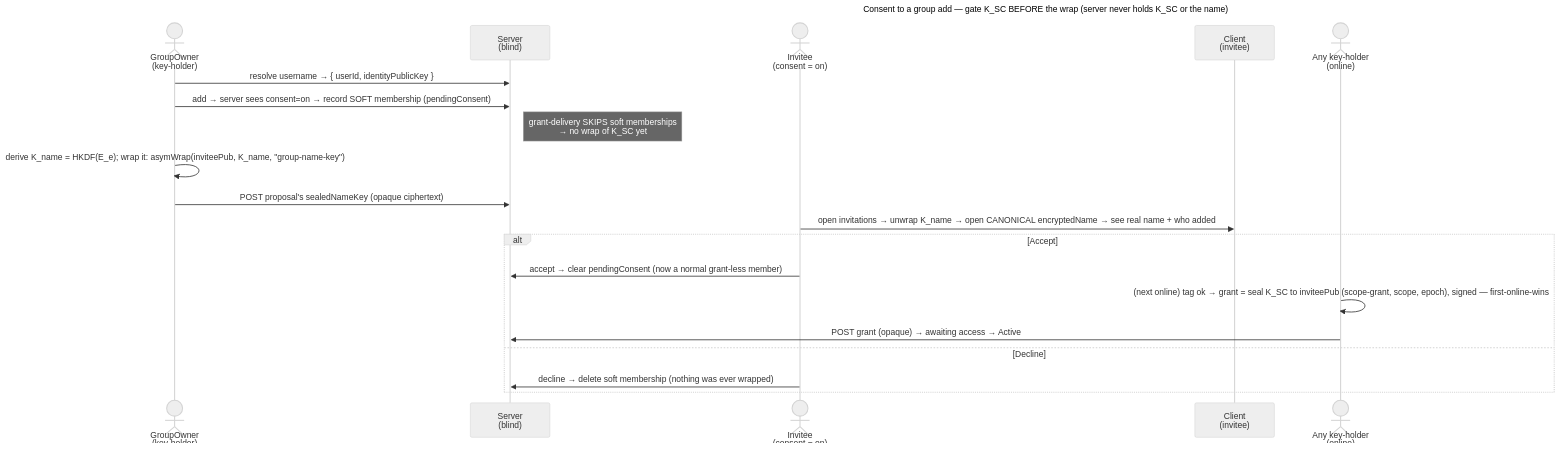
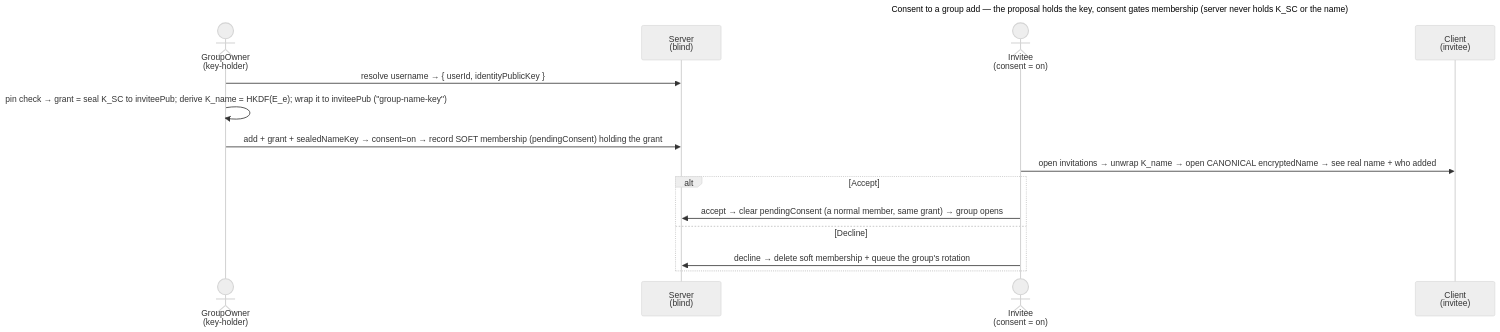
Before and after one commit to raddatzk/veyq: the diagram in docs/features/spaces/use-cases/uc.spaces.consent-group-add.md, drawn with Mermaid (neutral theme). The commit also changed other lines of this file and 70 other files, not shown here.

First line of the commit message:
docs: an invite is a placeholder member - ADR 0111 decisions 1-5 built, the admission tag and awaiting access gone

````diff
--- a/docs/features/spaces/use-cases/uc.spaces.consent-group-add.md
+++ b/docs/features/spaces/use-cases/uc.spaces.consent-group-add.md
@@ -59,24 +61,19 @@
 ```mermaid
 ---
-title: Consent to a group add — gate K_SC BEFORE the wrap (server never holds K_SC or the name)
+title: Consent to a group add — the proposal holds the key, consent gates membership (server never holds K_SC or the name)
 ---
 sequenceDiagram
   actor O as GroupOwner<br>(key-holder)
   participant S as Server<br>(blind)
   actor I as Invitee<br>(consent = on)
   participant CI as Client<br>(invitee)
-  actor M as Any key-holder<br>(online)
   O->>S: resolve username → { userId, identityPublicKey }
-  O->>S: add → server sees consent=on → record SOFT membership (pendingConsent)
-  Note right of S: grant-delivery SKIPS soft memberships<br>→ no wrap of K_SC yet
-  O->>O: derive K_name = HKDF(E_e)#59; wrap it: asymWrap(inviteePub, K_name, "group-name-key")
-  O->>S: POST proposal's sealedNameKey (opaque ciphertext)
+  O->>O: pin check → grant = seal K_SC to inviteePub#59; derive K_name = HKDF(E_e)#59; wrap it to inviteePub ("group-name-key")
+  O->>S: add + grant + sealedNameKey → consent=on → record SOFT membership (pendingConsent) holding the grant
   I->>CI: open invitations → unwrap K_name → open CANONICAL encryptedName → see real name + who added
   alt Accept
-  I->>S: accept → clear pendingConsent (now a normal grant-less member)
-  M->>M: (next online) tag ok → grant = seal K_SC to inviteePub (scope-grant, scope, epoch), signed — first-online-wins
-  M->>S: POST grant (opaque) → awaiting access → Active
+  I->>S: accept → clear pendingConsent (a normal member, same grant) → group opens
   else Decline
-  I->>S: decline → delete soft membership (nothing was ever wrapped)
+  I->>S: decline → delete soft membership + queue the group's rotation
   end
 ```
````
